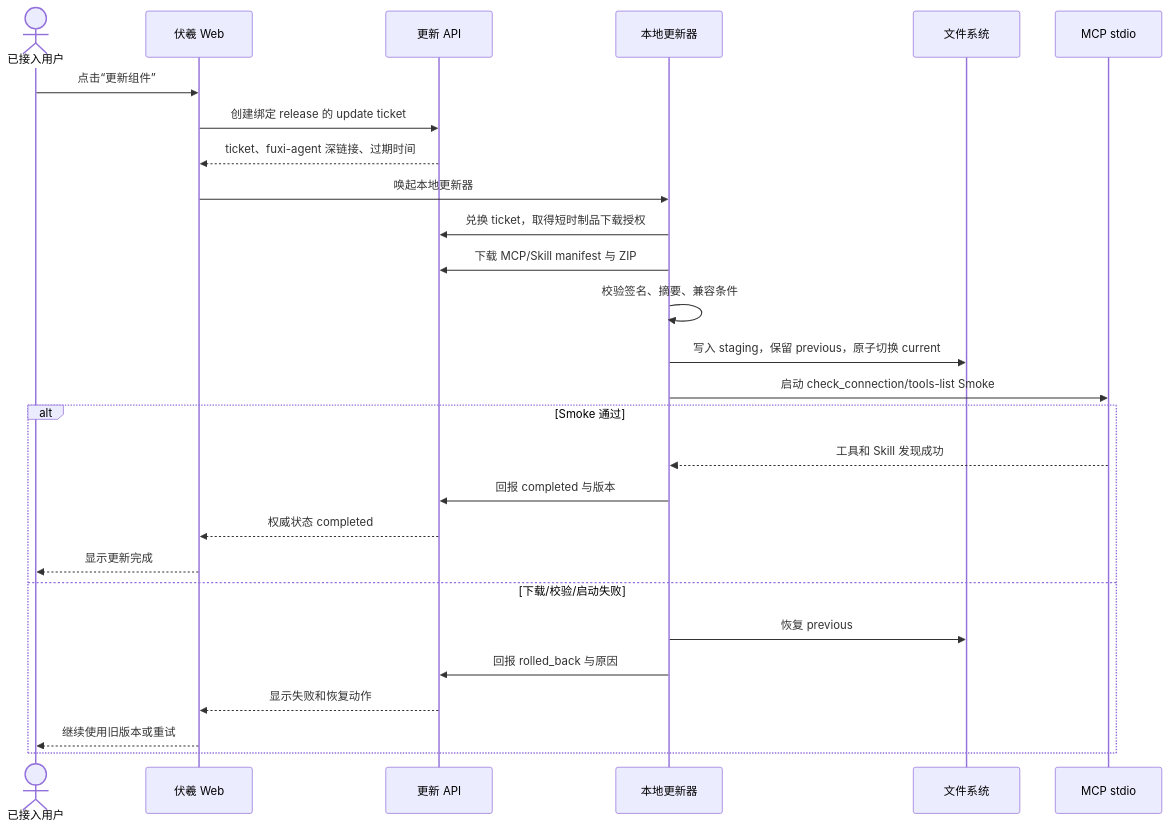
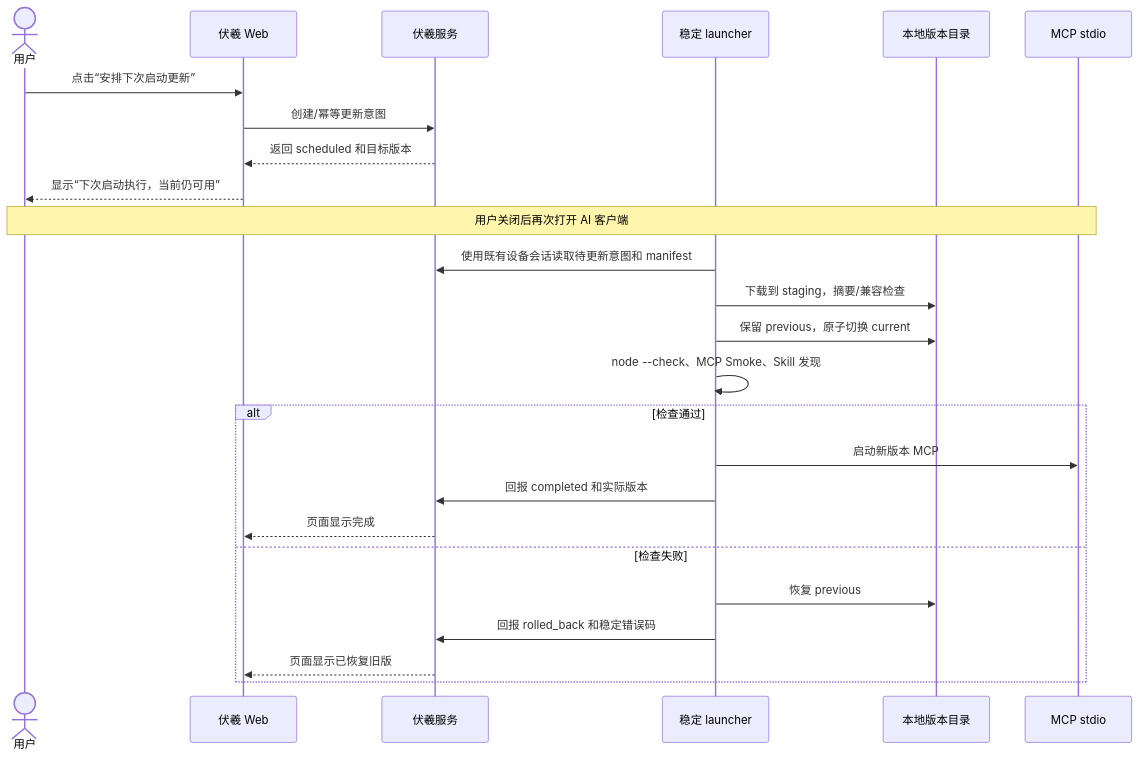
One commit to Dylan5237/prototype-manager changed the third of 7 diagrams in docs/prototypes/agent-runtime-update-mvp/FULL_DESIGN.md. Above: the diagram before and after it, drawn with Mermaid. The commit also changed other lines of this file and 10 other files, not shown here.

````diff
--- a/docs/prototypes/agent-runtime-update-mvp/FULL_DESIGN.md
+++ b/docs/prototypes/agent-runtime-update-mvp/FULL_DESIGN.md
@@ -148,29 +141,27 @@
 ```mermaid
 sequenceDiagram
-  actor U as 已接入用户
+  actor U as 用户
   participant UI as 伏羲 Web
-  participant API as 更新 API
-  participant A as 本地更新器
-  participant F as 文件系统
+  participant API as 伏羲服务
+  participant L as 稳定 launcher
+  participant F as 本地版本目录
   participant M as MCP stdio
-  U->>UI: 点击“更新组件”
-  UI->>API: 创建绑定 release 的 update ticket
-  API-->>UI: ticket、fuxi-agent 深链接、过期时间
-  UI->>A: 唤起本地更新器
-  A->>API: 兑换 ticket，取得短时制品下载授权
-  A->>API: 下载 MCP/Skill manifest 与 ZIP
-  A->>A: 校验签名、摘要、兼容条件
-  A->>F: 写入 staging，保留 previous，原子切换 current
-  A->>M: 启动 check_connection/tools-list Smoke
-  alt Smoke 通过
-    M-->>A: 工具和 Skill 发现成功
-    A->>API: 回报 completed 与版本
-    API-->>UI: 权威状态 completed
-    UI-->>U: 显示更新完成
-  else 下载/校验/启动失败
-    A->>F: 恢复 previous
-    A->>API: 回报 rolled_back 与原因
-    API-->>UI: 显示失败和恢复动作
-    UI-->>U: 继续使用旧版本或重试
+  U->>UI: 点击“安排下次启动更新”
+  UI->>API: 创建/幂等更新意图
+  API-->>UI: 返回 scheduled 和目标版本
+  UI-->>U: 显示“下次启动执行，当前仍可用”
+  Note over U,M: 用户关闭后再次打开 AI 客户端
+  L->>API: 使用既有设备会话读取待更新意图和 manifest
+  L->>F: 下载到 staging，摘要/兼容检查
+  L->>F: 保留 previous，原子切换 current
+  L->>L: node --check、MCP Smoke、Skill 发现
+  alt 检查通过
+    L->>M: 启动新版本 MCP
+    L->>API: 回报 completed 和实际版本
+    API-->>UI: 页面显示完成
+  else 检查失败
+    L->>F: 恢复 previous
+    L->>API: 回报 rolled_back 和稳定错误码
+    API-->>UI: 页面显示已恢复旧版
   end
 ```
````
